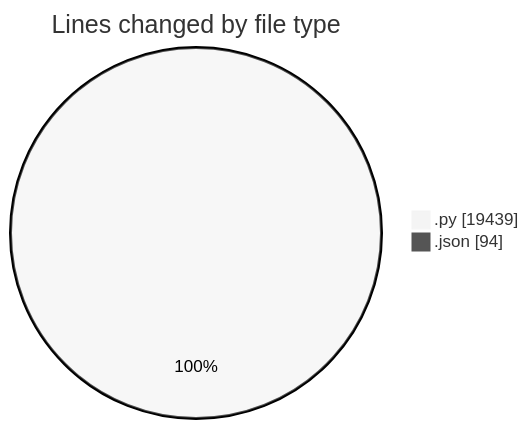
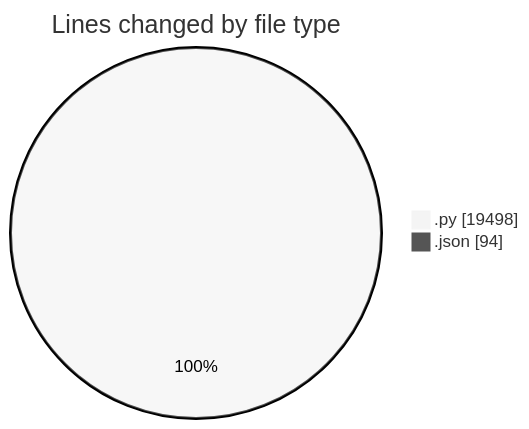
One commit to jrari/code-tracking changed the first of 2 diagrams in 2025-07-14/telebot/README.md. Above: the diagram before and after it, drawn with Mermaid (neutral theme). The commit also changed other lines of this file and 1 other file, not shown here.

````diff
--- a/2025-07-14/telebot/README.md
+++ b/2025-07-14/telebot/README.md
@@ -44,6 +44,6 @@
 ```mermaid
 pie showData
 title Lines changed by file type
-".py" : 19439
+".py" : 19498
 ".json" : 94
 ```
````
